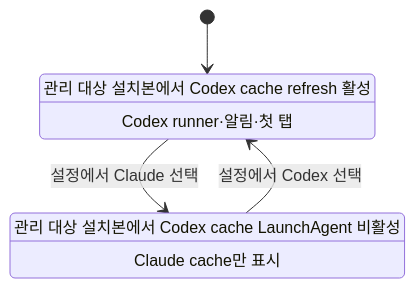
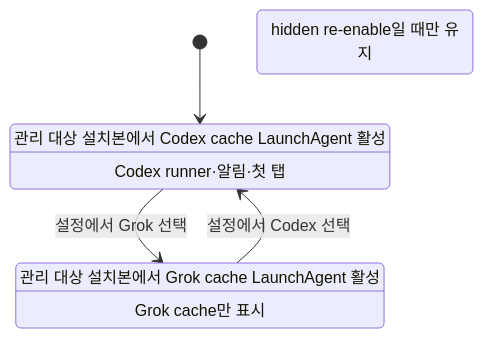
The sixth of 6 diagrams in Docs/Onboarding/Architecture.md (dhseo90/MacDog), drawn with Mermaid before and after one commit. The commit also changed other lines of this file and 12 other files, not shown here.

First line of the commit message:
docs: align v1.9.0 Codex/Grok visible mode language

````diff
--- a/Docs/Onboarding/Architecture.md
+++ b/Docs/Onboarding/Architecture.md
@@ -140,10 +180,11 @@
 ```mermaid
 stateDiagram-v2
     [*] --> Codex
-    Codex --> Claude: 설정에서 Claude 선택
-    Claude --> Codex: 설정에서 Codex 선택
-    Codex: 관리 대상 설치본에서 Codex cache refresh 활성
+    Codex --> Grok: 설정에서 Grok 선택
+    Grok --> Codex: 설정에서 Codex 선택
+    Codex: 관리 대상 설치본에서 Codex cache LaunchAgent 활성
     Codex: Codex runner·알림·첫 탭
-    Claude: 관리 대상 설치본에서 Codex cache LaunchAgent 비활성
-    Claude: Claude cache만 표시
+    Grok: 관리 대상 설치본에서 Grok cache LaunchAgent 활성
+    Grok: Grok cache만 표시
+    Claude: hidden re-enable일 때만 유지
 ```
````
